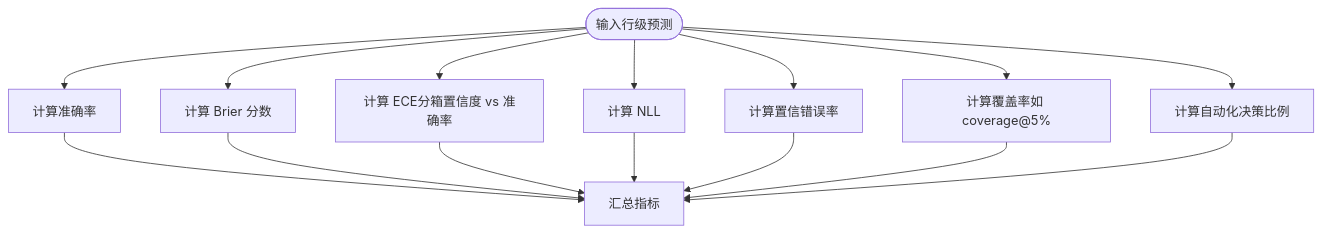
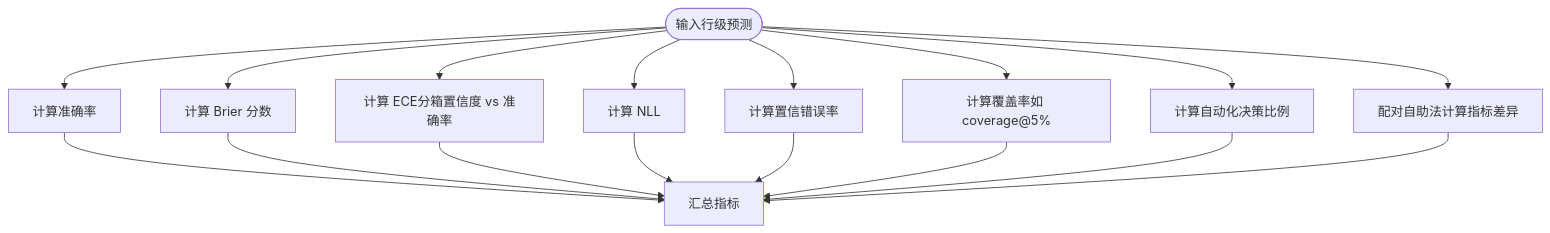
One commit to joezxh/kev changed the fourth of 10 diagrams in .qoder/repowiki/zh/content/评估系统/评估系统.md. Above: the diagram before and after it, drawn with Mermaid. The commit also changed other lines of this file and 101 other files, not shown here.

````diff
--- a/.qoder/repowiki/zh/content/评估系统/评估系统.md
+++ b/.qoder/repowiki/zh/content/评估系统/评估系统.md
@@ -273,17 +315,19 @@
 ```mermaid
 flowchart TD
 Start(["输入行级预测"]) --> Acc["计算准确率"]
 Start --> Brier["计算 Brier 分数"]
 Start --> ECE["计算 ECE分箱置信度 vs 准确率"]
 Start --> NLL["计算 NLL"]
 Start --> CER["计算置信错误率"]
 Start --> Cov["计算覆盖率如 coverage@5%"]
 Start --> Auto["计算自动化决策比例"]
+Start --> Delta["配对自助法计算指标差异"]
 Acc --> Out["汇总指标"]
 Brier --> Out
 ECE --> Out
 NLL --> Out
 CER --> Out
 Cov --> Out
 Auto --> Out
+Delta --> Out
 ```
````
